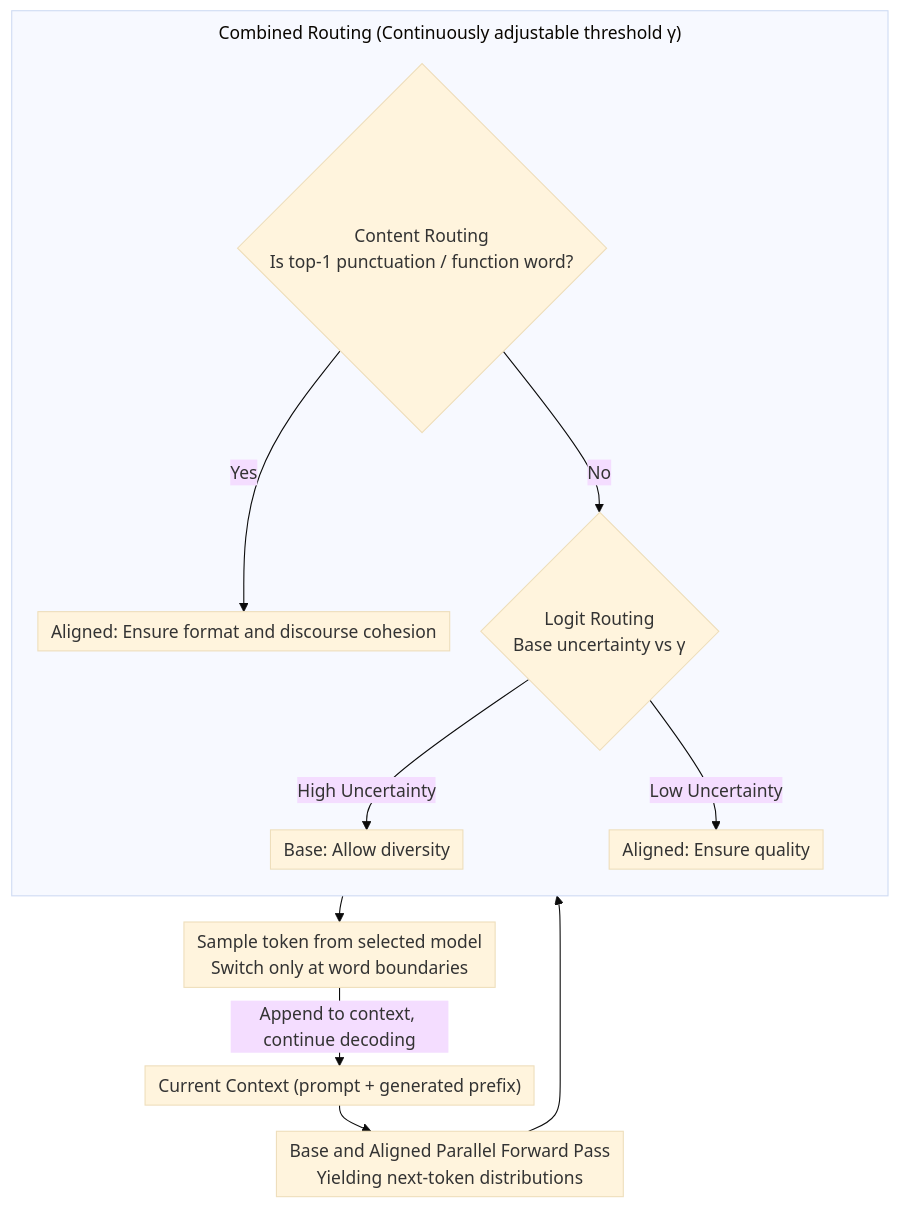
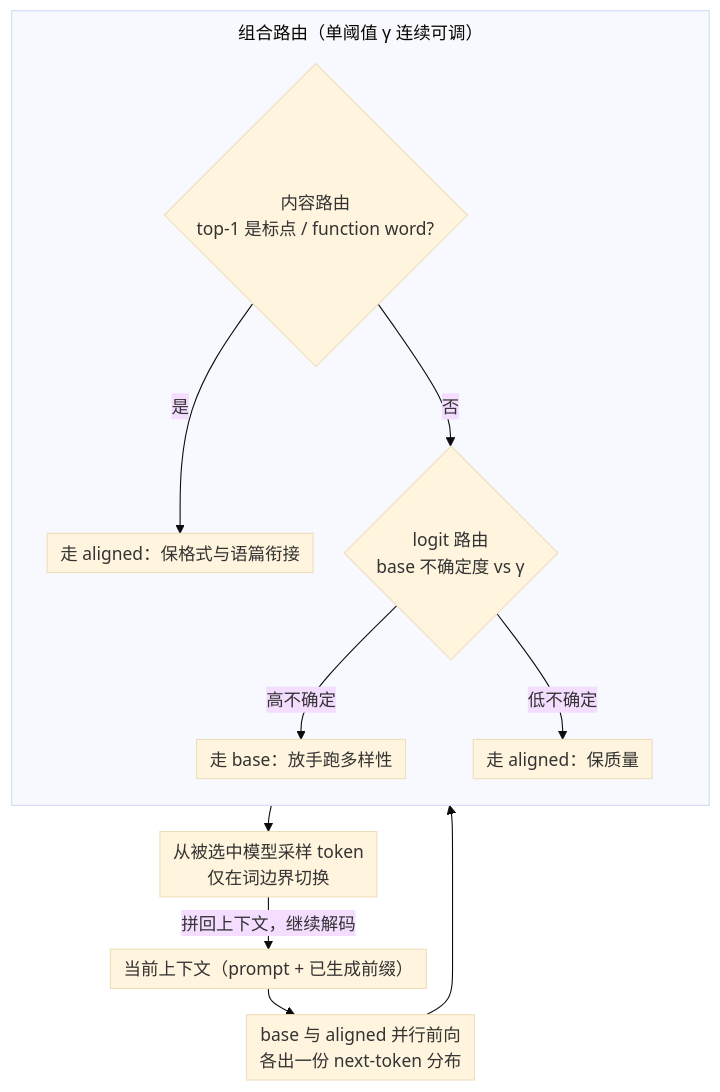
Before and after one commit to zhaoyang97/Paper-Notes-en: the diagram in docs/ICML2026/llm_nlp/optimizing_diversity_and_quality_through_base-aligned_model_collaboration.md, drawn with Mermaid (base theme). The commit also changed other lines of this file and 5084 other files, not shown here.

````diff
--- a/docs/ICML2026/llm_nlp/optimizing_diversity_and_quality_through_base-aligned_model_collaboration.md
+++ b/docs/ICML2026/llm_nlp/optimizing_diversity_and_quality_through_base-aligned_model_collaboration.md
@@ -43,16 +43,16 @@
 ```mermaid
 %%{init: {'flowchart': {'rankSpacing': 24, 'nodeSpacing': 28, 'padding': 6, 'wrappingWidth': 400, 'subGraphTitleMargin': {'top': 8, 'bottom': 16}}}}%%
 flowchart TD
-    A["Current Context (prompt + generated prefix)"] --> B["Base and Aligned Parallel Forward Pass<br/>Yielding next-token distributions"]
+    A["当前上下文（prompt + 已生成前缀）"] --> B["base 与 aligned 并行前向<br/>各出一份 next-token 分布"]
     B --> R
-    subgraph R["Combined Routing (Continuously adjustable threshold γ)"]
+    subgraph R["组合路由（单阈值 γ 连续可调）"]
         direction TB
-        C{"Content Routing<br/>Is top-1 punctuation / function word?"}
-        C -->|Yes| AL1["Aligned: Ensure format and discourse cohesion"]
-        C -->|No| L{"Logit Routing<br/>Base uncertainty vs γ"}
-        L -->|High Uncertainty| BS["Base: Allow diversity"]
-        L -->|Low Uncertainty| AL2["Aligned: Ensure quality"]
+        C{"内容路由<br/>top-1 是标点 / function word?"}
+        C -->|是| AL1["走 aligned：保格式与语篇衔接"]
+        C -->|否| L{"logit 路由<br/>base 不确定度 vs γ"}
+        L -->|高不确定| BS["走 base：放手跑多样性"]
+        L -->|低不确定| AL2["走 aligned：保质量"]
     end
-    R --> D["Sample token from selected model<br/>Switch only at word boundaries"]
-    D -->|Append to context, continue decoding| A
+    R --> D["从被选中模型采样 token<br/>仅在词边界切换"]
+    D -->|拼回上下文，继续解码| A
 ```
````
